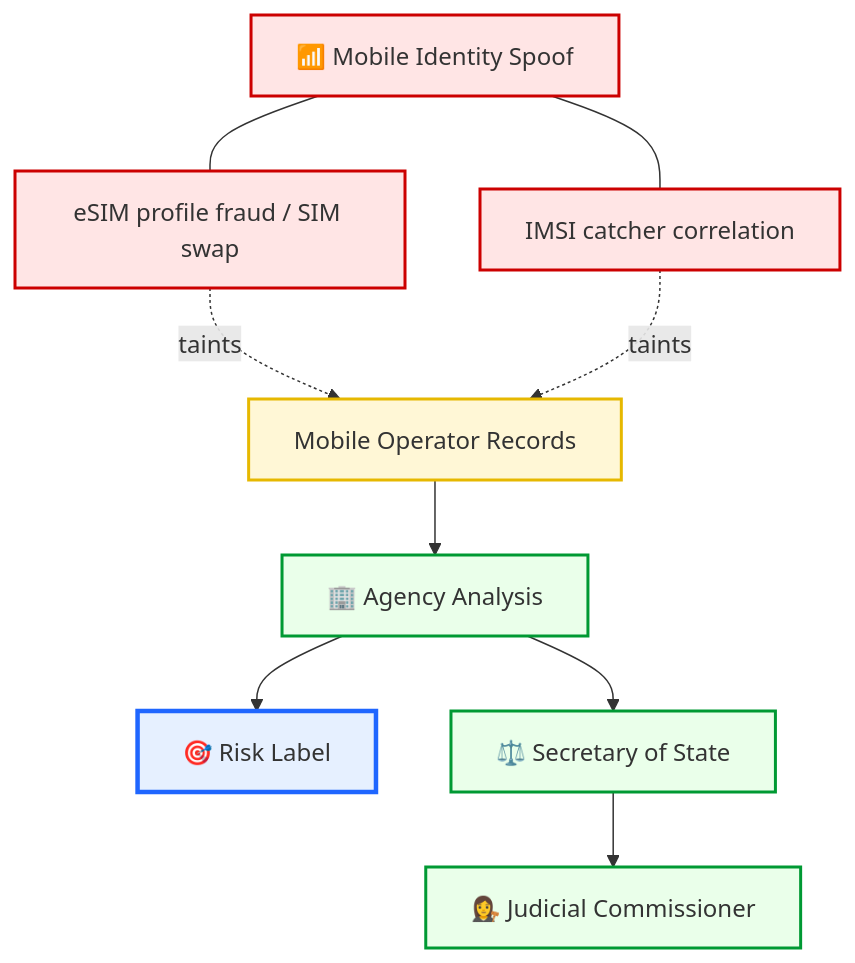
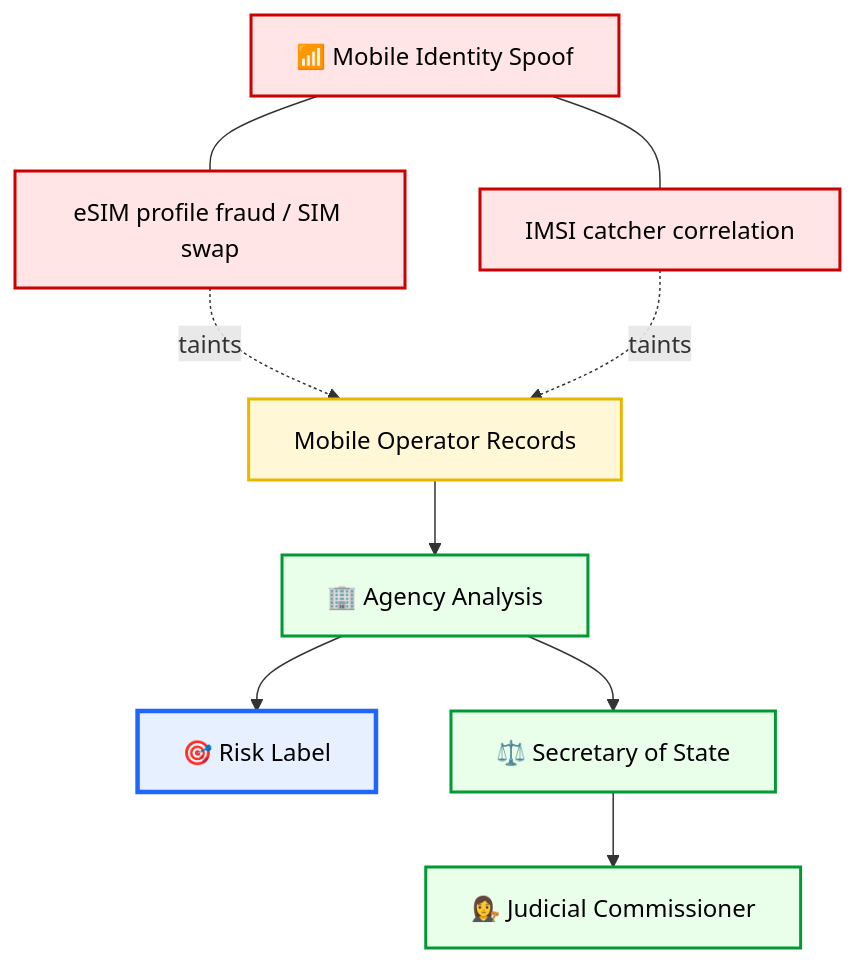
The fourth of 7 diagrams in Polaris_Nest/Git_Intake_Drawer/⚖️_surveillance_osa_citizen_forking_meganode.md (josefsbreakfast/Polaris-Protocol), drawn with Mermaid before and after one commit. The commit also changed other lines of this file, not shown here.

````diff
--- a/Polaris_Nest/Git_Intake_Drawer/⚖️_surveillance_osa_citizen_forking_meganode.md
+++ b/Polaris_Nest/Git_Intake_Drawer/⚖️_surveillance_osa_citizen_forking_meganode.md
@@ -142,22 +139,22 @@
 ```mermaid
 graph TD
     R["🎯 Risk Label"]:::core
     MOB["📶 Mobile Identity Spoof"]:::attack
     M1["eSIM profile fraud / SIM swap"]:::attack
     M2["IMSI catcher correlation"]:::attack
     MNO["Mobile Operator Records"]:::source
     AGENCY["🏢 Agency Analysis"]:::uk
     MIN["⚖️ Secretary of State"]:::uk
     JC["👩‍⚖️ Judicial Commissioner"]:::uk
 
     MOB --- M1 & M2
     M1 -. taints .-> MNO
     M2 -. taints .-> MNO
     MNO --> AGENCY --> MIN --> JC
     AGENCY --> R
 
-    classDef core fill:#e6f0ff,stroke:#1f66ff,stroke-width:3px;
-    classDef attack fill:#ffe5e5,stroke:#cc0000,stroke-width:2px;
-    classDef source fill:#fff7d6,stroke:#e6b800,stroke-width:2px;
-    classDef uk fill:#eaffea,stroke:#009933,stroke-width:2px;
+    classDef core fill:#e6f0ff,stroke:#1f66ff,stroke-width:3px,color:#000000;
+    classDef attack fill:#ffe5e5,stroke:#cc0000,stroke-width:2px,color:#000000;
+    classDef source fill:#fff7d6,stroke:#e6b800,stroke-width:2px,color:#000000;
+    classDef uk fill:#eaffea,stroke:#009933,stroke-width:2px,color:#000000;
 ```
````
